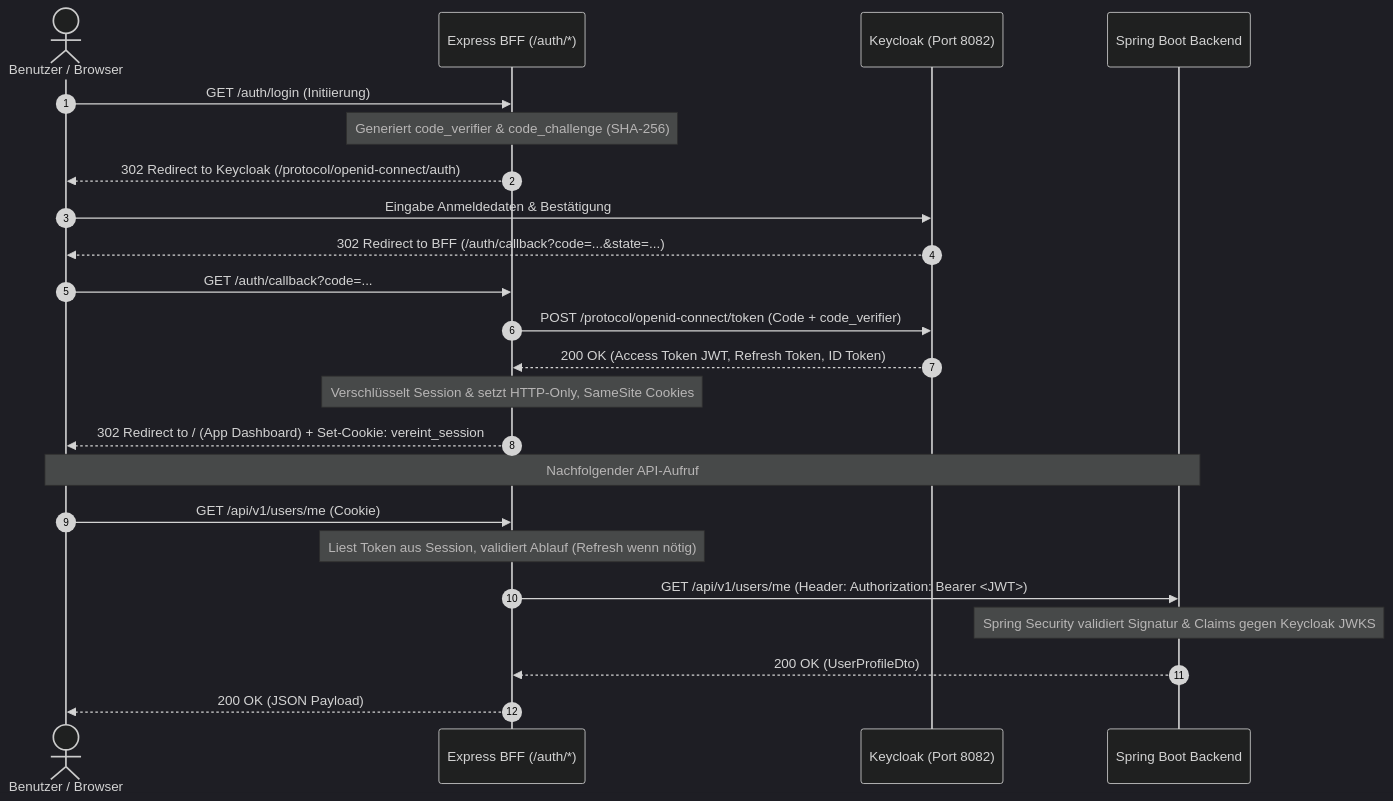
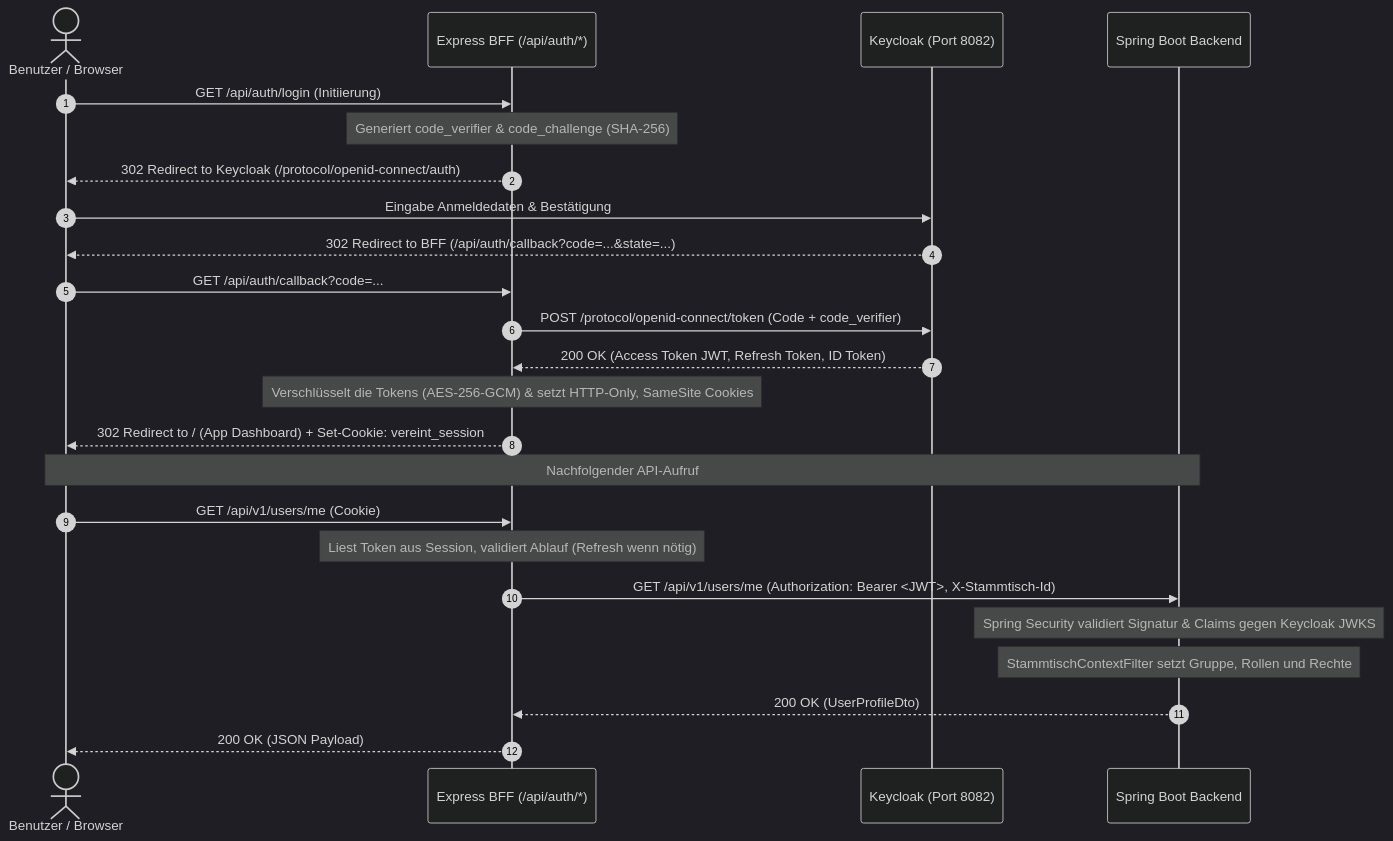
The diagram in docs/architecture/security-and-auth.md (damaurer/vereint), drawn with Mermaid (dark theme) before and after one commit. The commit also changed other lines of this file and 90 other files, not shown here.

````diff
--- a/docs/architecture/security-and-auth.md
+++ b/docs/architecture/security-and-auth.md
@@ -11,27 +11,28 @@
 ```mermaid
 sequenceDiagram
     autonumber
     actor User as Benutzer / Browser
-    participant BFF as Express BFF (/auth/*)
+    participant BFF as Express BFF (/api/auth/*)
     participant KC as Keycloak (Port 8082)
     participant Spring as Spring Boot Backend
 
-    User->>BFF: GET /auth/login (Initiierung)
+    User->>BFF: GET /api/auth/login (Initiierung)
     Note over BFF: Generiert code_verifier & code_challenge (SHA-256)
     BFF-->>User: 302 Redirect to Keycloak (/protocol/openid-connect/auth)
     User->>KC: Eingabe Anmeldedaten & Bestätigung
-    KC-->>User: 302 Redirect to BFF (/auth/callback?code=...&state=...)
-    User->>BFF: GET /auth/callback?code=...
+    KC-->>User: 302 Redirect to BFF (/api/auth/callback?code=...&state=...)
+    User->>BFF: GET /api/auth/callback?code=...
     BFF->>KC: POST /protocol/openid-connect/token (Code + code_verifier)
     KC-->>BFF: 200 OK (Access Token JWT, Refresh Token, ID Token)
-    Note over BFF: Verschlüsselt Session & setzt HTTP-Only, SameSite Cookies
+    Note over BFF: Verschlüsselt die Tokens (AES-256-GCM) & setzt HTTP-Only, SameSite Cookies
     BFF-->>User: 302 Redirect to / (App Dashboard) + Set-Cookie: vereint_session
 
     Note over User, Spring: Nachfolgender API-Aufruf
     User->>BFF: GET /api/v1/users/me (Cookie)
     Note over BFF: Liest Token aus Session, validiert Ablauf (Refresh wenn nötig)
-    BFF->>Spring: GET /api/v1/users/me (Header: Authorization: Bearer <JWT>)
+    BFF->>Spring: GET /api/v1/users/me (Authorization: Bearer <JWT>, X-Stammtisch-Id)
     Note over Spring: Spring Security validiert Signatur & Claims gegen Keycloak JWKS
+    Note over Spring: StammtischContextFilter setzt Gruppe, Rollen und Rechte
     Spring-->>BFF: 200 OK (UserProfileDto)
     BFF-->>User: 200 OK (JSON Payload)
 ```
````
